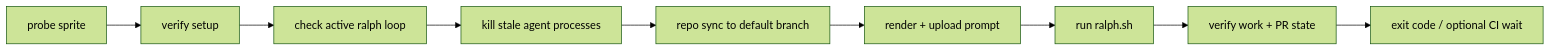
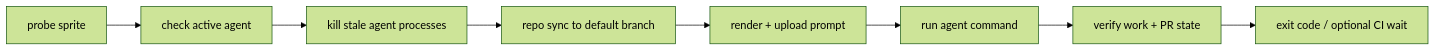
One commit to misty-step/bitterblossom changed the second of 5 diagrams in docs/architecture/bb-cli.md. Above: the diagram before and after it, drawn with Mermaid (forest theme). The commit also changed other lines of this file and 38 other files, not shown here.

````diff
--- a/docs/architecture/bb-cli.md
+++ b/docs/architecture/bb-cli.md
@@ -27,11 +27,10 @@
 ```mermaid
 flowchart LR
-    Probe["probe sprite"] --> Config["verify setup"]
-    Config --> Busy["check active ralph loop"]
+    Probe["probe sprite"] --> Busy["check active agent"]
     Busy --> Cleanup["kill stale agent processes"]
     Cleanup --> Sync["repo sync to default branch"]
     Sync --> Prompt["render + upload prompt"]
-    Prompt --> Ralph["run ralph.sh"]
-    Ralph --> Verify["verify work + PR state"]
+    Prompt --> Agent["run agent command"]
+    Agent --> Verify["verify work + PR state"]
     Verify --> Exit["exit code / optional CI wait"]
 ```
````
